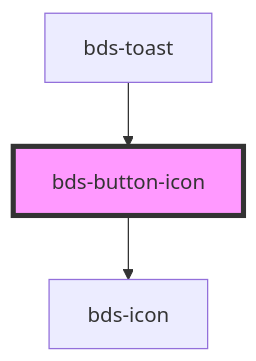
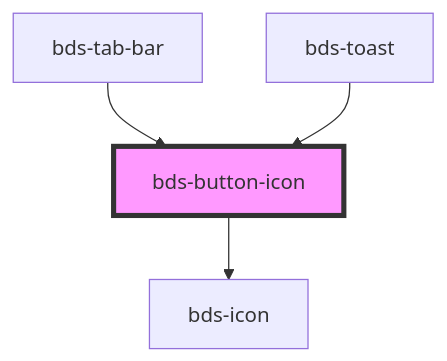
Before and after one commit to takenet/blip-ds: the diagram in src/components/icon-button/readme.md, drawn with Mermaid. The commit also changed other lines of this file and 6 other files, not shown here.

````diff
--- a/src/components/icon-button/readme.md
+++ b/src/components/icon-button/readme.md
@@ -29,6 +30,7 @@
 ```mermaid
 graph TD;
   bds-button-icon --> bds-icon
+  bds-tab-bar --> bds-button-icon
   bds-toast --> bds-button-icon
   style bds-button-icon fill:#f9f,stroke:#333,stroke-width:4px
 ```
````
